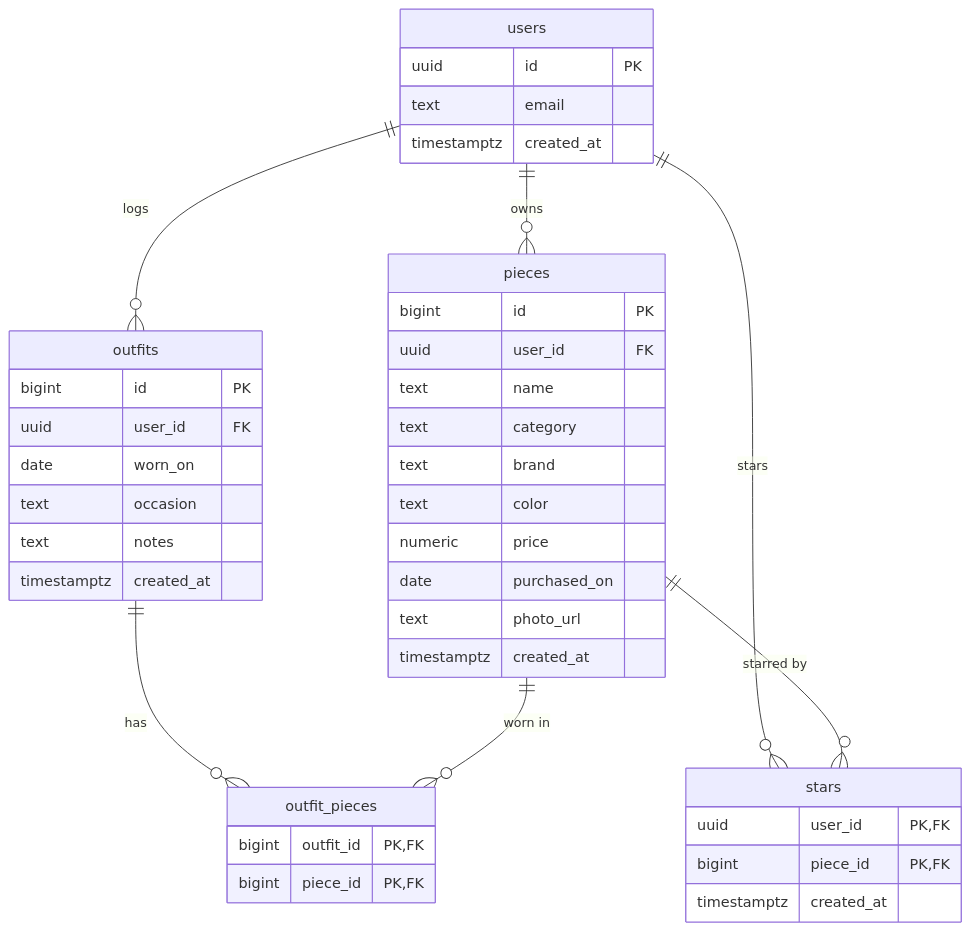
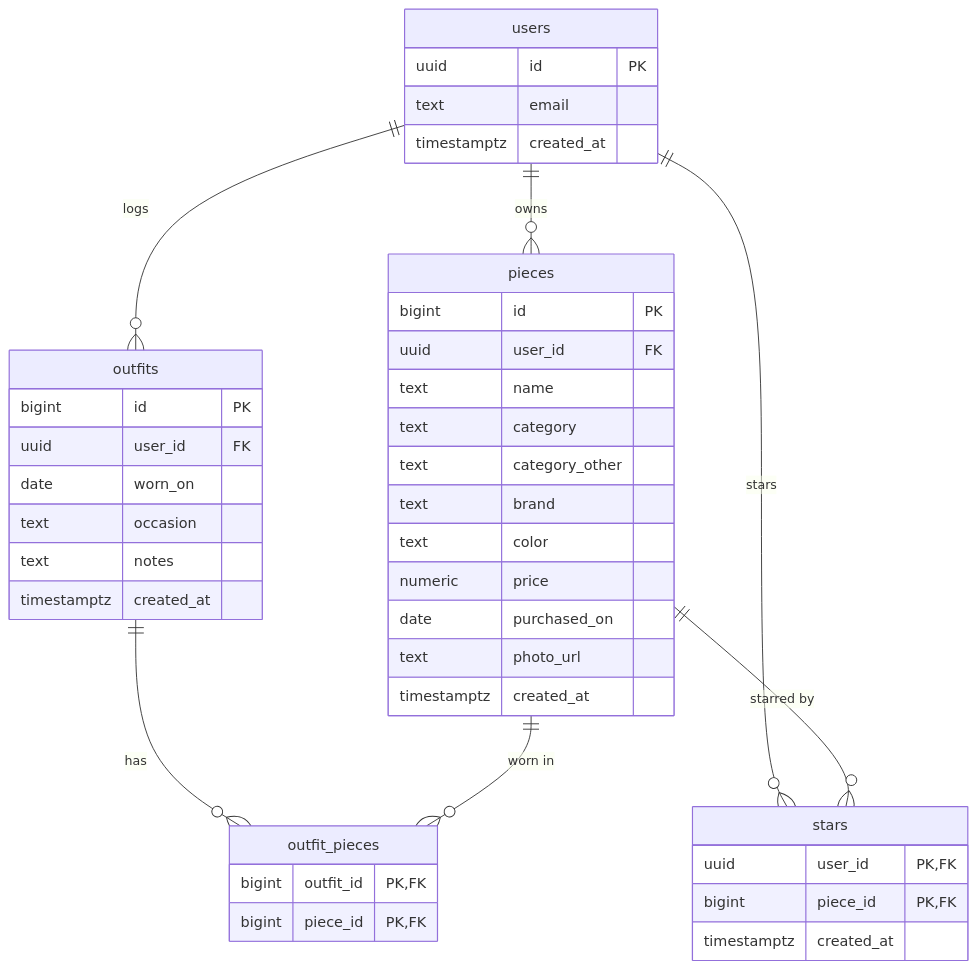
Before and after one commit to diptivaithiswaran-coding/Closet-log: the diagram in schema.md, drawn with Mermaid. The commit also changed other lines of this file and 10 other files, not shown here.

First line of the commit message:
Add jumpsuit, romper, and other (with a text box) as categories

````diff
--- a/schema.md
+++ b/schema.md
@@ -7,44 +7,45 @@
 ```mermaid
 erDiagram
   users ||--o{ pieces : "owns"
   users ||--o{ outfits : "logs"
   outfits ||--o{ outfit_pieces : "has"
   pieces ||--o{ outfit_pieces : "worn in"
   users ||--o{ stars : "stars"
   pieces ||--o{ stars : "starred by"
 
   users {
     uuid id PK
     text email
     timestamptz created_at
   }
   pieces {
     bigint id PK
     uuid user_id FK
     text name
     text category
+    text category_other
     text brand
     text color
     numeric price
     date purchased_on
     text photo_url
     timestamptz created_at
   }
   outfits {
     bigint id PK
     uuid user_id FK
     date worn_on
     text occasion
     text notes
     timestamptz created_at
   }
   outfit_pieces {
     bigint outfit_id PK, FK
     bigint piece_id PK, FK
   }
   stars {
     uuid user_id PK, FK
     bigint piece_id PK, FK
     timestamptz created_at
   }
 ```
````
